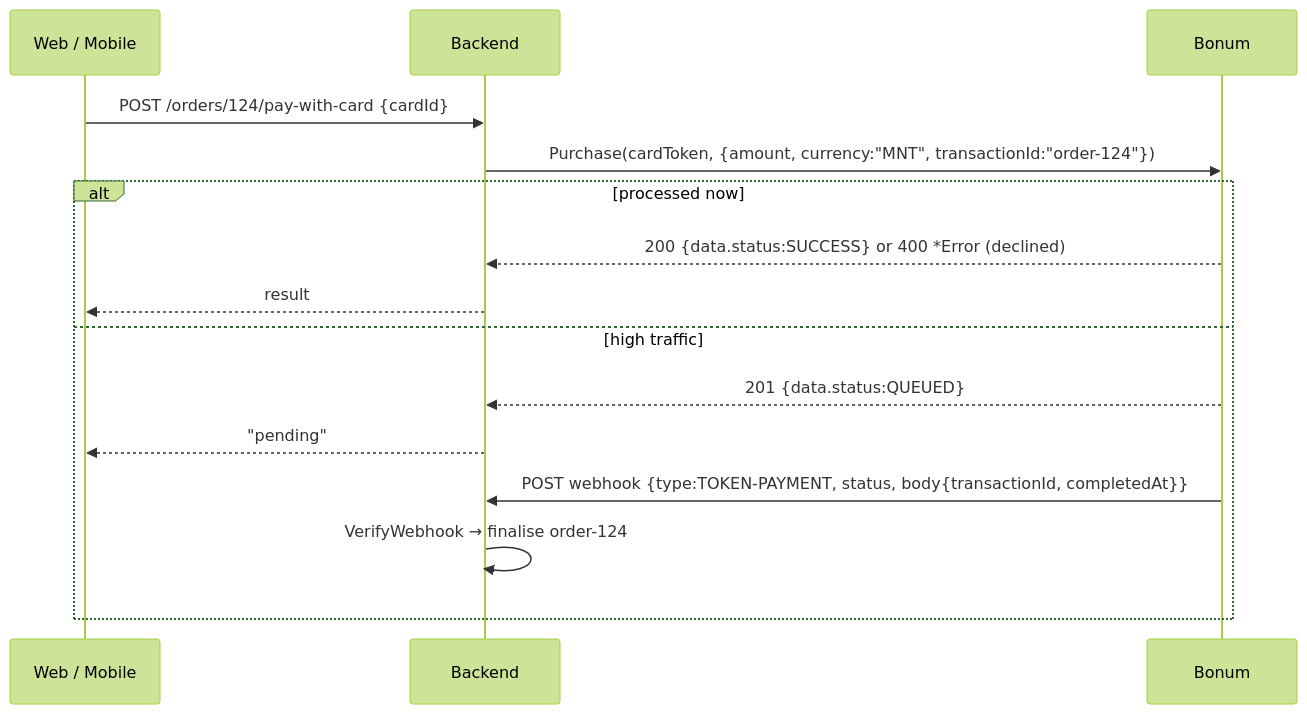
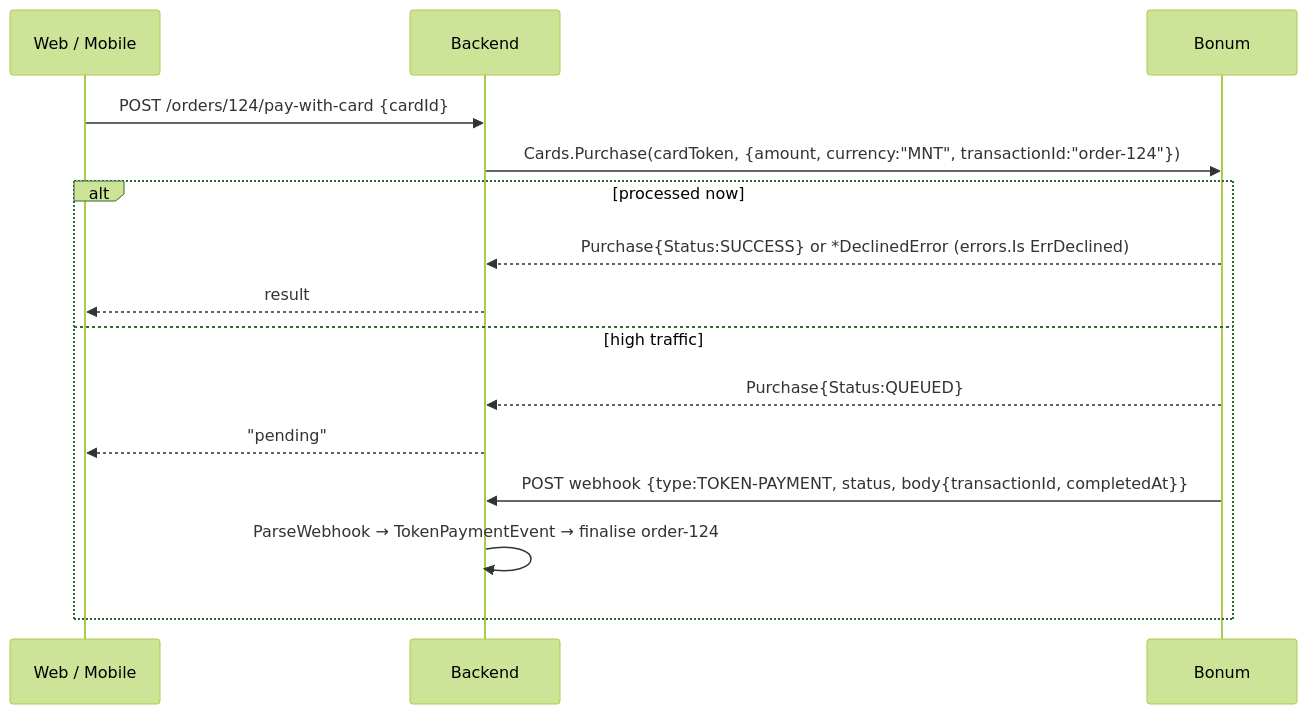
One commit to techpartners-asia/bonum-go changed the fourth of 7 diagrams in FLOW.md. Above: the diagram before and after it, drawn with Mermaid (forest theme). The commit also changed other lines of this file and 47 other files, not shown here.

````diff
--- a/FLOW.md
+++ b/FLOW.md
@@ -113,17 +115,17 @@
 ```mermaid
 sequenceDiagram
     participant C as Web / Mobile
     participant B as Backend
     participant G as Bonum
     C->>B: POST /orders/124/pay-with-card {cardId}
-    B->>G: Purchase(cardToken, {amount, currency:"MNT", transactionId:"order-124"})
+    B->>G: Cards.Purchase(cardToken, {amount, currency:"MNT", transactionId:"order-124"})
     alt processed now
-        G-->>B: 200 {data.status:SUCCESS}  or  400 *Error (declined)
+        G-->>B: Purchase{Status:SUCCESS}  or  *DeclinedError (errors.Is ErrDeclined)
         B-->>C: result
     else high traffic
-        G-->>B: 201 {data.status:QUEUED}
+        G-->>B: Purchase{Status:QUEUED}
         B-->>C: "pending"
         G->>B: POST webhook {type:TOKEN-PAYMENT, status, body{transactionId, completedAt}}
-        B->>B: VerifyWebhook → finalise order-124
+        B->>B: ParseWebhook → TokenPaymentEvent → finalise order-124
     end
 ```
````
